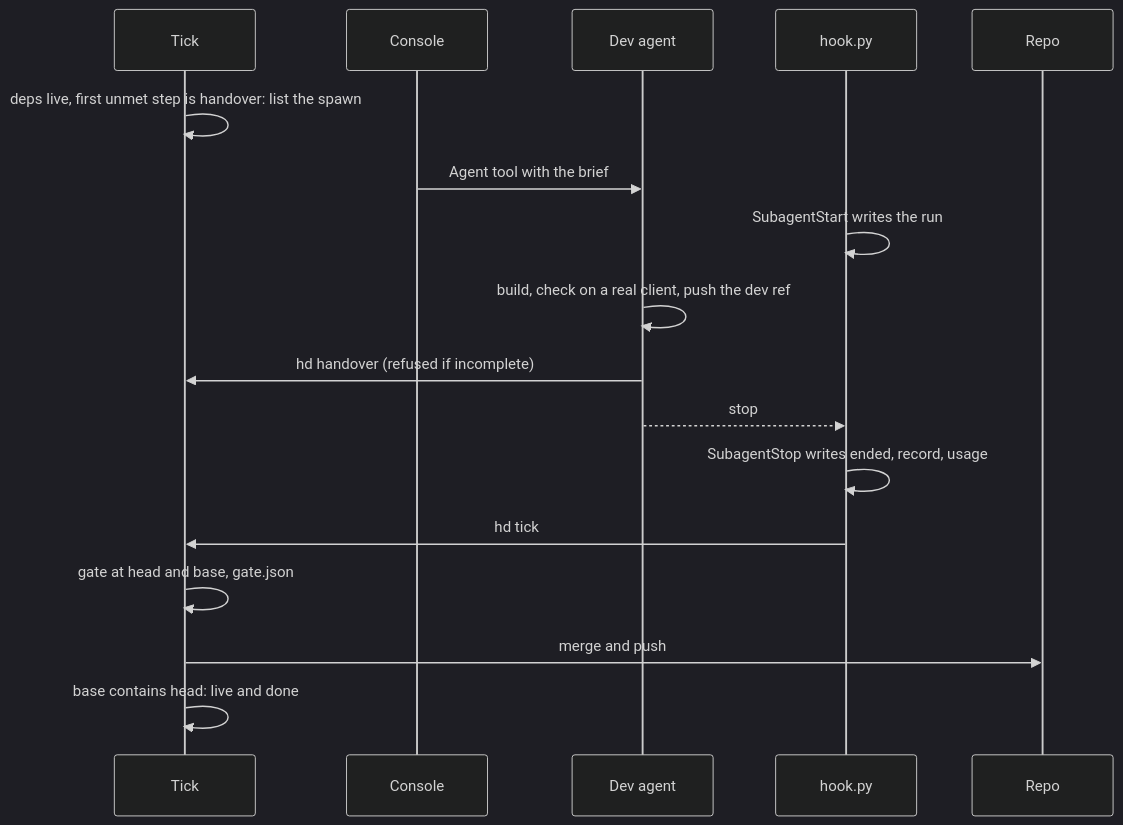
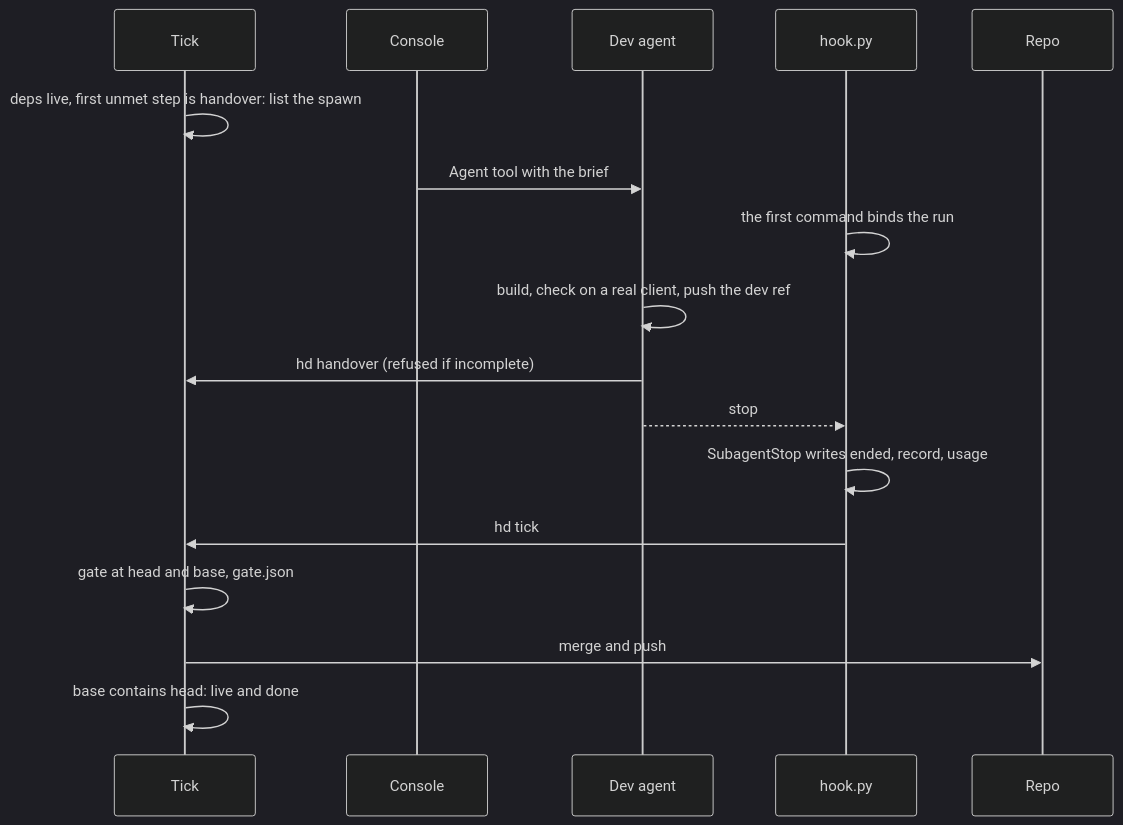
Before and after one commit to AlexPerrin/osrs-harness: the third of 6 diagrams in docs/ARCHITECTURE.md, drawn with Mermaid (dark theme). The commit also changed other lines of this file and 10 other files, not shown here.

First line of the commit message:
quick fixes from the ledger: a PR at its head is gated on GitHub's merge state and checks (no scratch merge); the first command binds the run and the start hook is gone; the integrator resolves every conflict in one run; findings anchor on our last comment; the events log rotates at 20 MB

````diff
--- a/docs/ARCHITECTURE.md
+++ b/docs/ARCHITECTURE.md
@@ -265,19 +264,19 @@
 ```mermaid
 sequenceDiagram
   participant T as Tick
   participant C as Console
   participant D as Dev agent
   participant H as hook.py
   participant R as Repo
   T->>T: deps live, first unmet step is handover: list the spawn
   C->>D: Agent tool with the brief
-  H->>H: SubagentStart writes the run
+  H->>H: the first command binds the run
   D->>D: build, check on a real client, push the dev ref
   D->>T: hd handover (refused if incomplete)
   D-->>H: stop
   H->>H: SubagentStop writes ended, record, usage
   H->>T: hd tick
   T->>T: gate at head and base, gate.json
   T->>R: merge and push
   T->>T: base contains head: live and done
 ```
````
